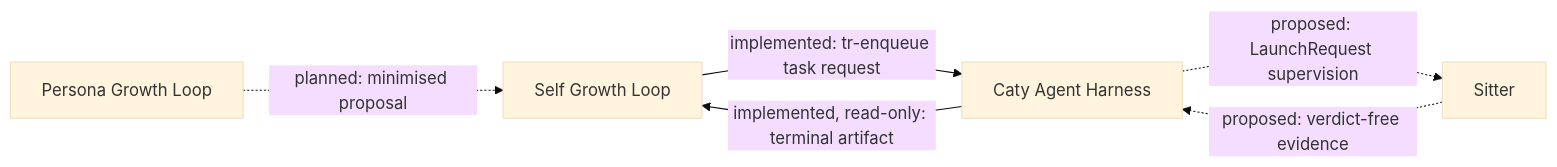
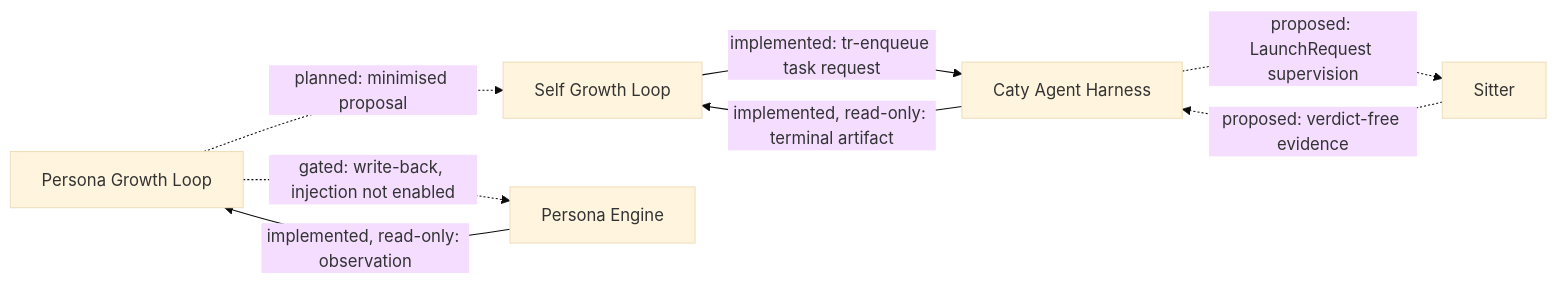
The fourth of 4 diagrams in docs/engineering.md (caty-ai/family-os), drawn with Mermaid (base theme) before and after one commit. The commit also changed other lines of this file and 5 other files, not shown here.

First line of the commit message:
docs(engineering): Persona Engine <-> Persona Growth Loop rows agree with the observed state (#176)

````diff
--- a/docs/engineering.md
+++ b/docs/engineering.md
@@ -201,13 +202,16 @@
 ```mermaid
 flowchart LR
   SG["Self Growth Loop"]
   H["Caty Agent Harness"]
   S["Sitter"]
   P["Persona Growth Loop"]
+  PE["Persona Engine"]
 
   SG -->|"implemented: tr-enqueue task request"| H
   H -->|"implemented, read-only: terminal artifact"| SG
   H -.->|"proposed: LaunchRequest supervision"| S
   S -.->|"proposed: verdict-free evidence"| H
   P -.->|"planned: minimised proposal"| SG
+  PE -->|"implemented, read-only: observation"| P
+  P -.->|"gated: write-back, injection not enabled"| PE
 ```
````
